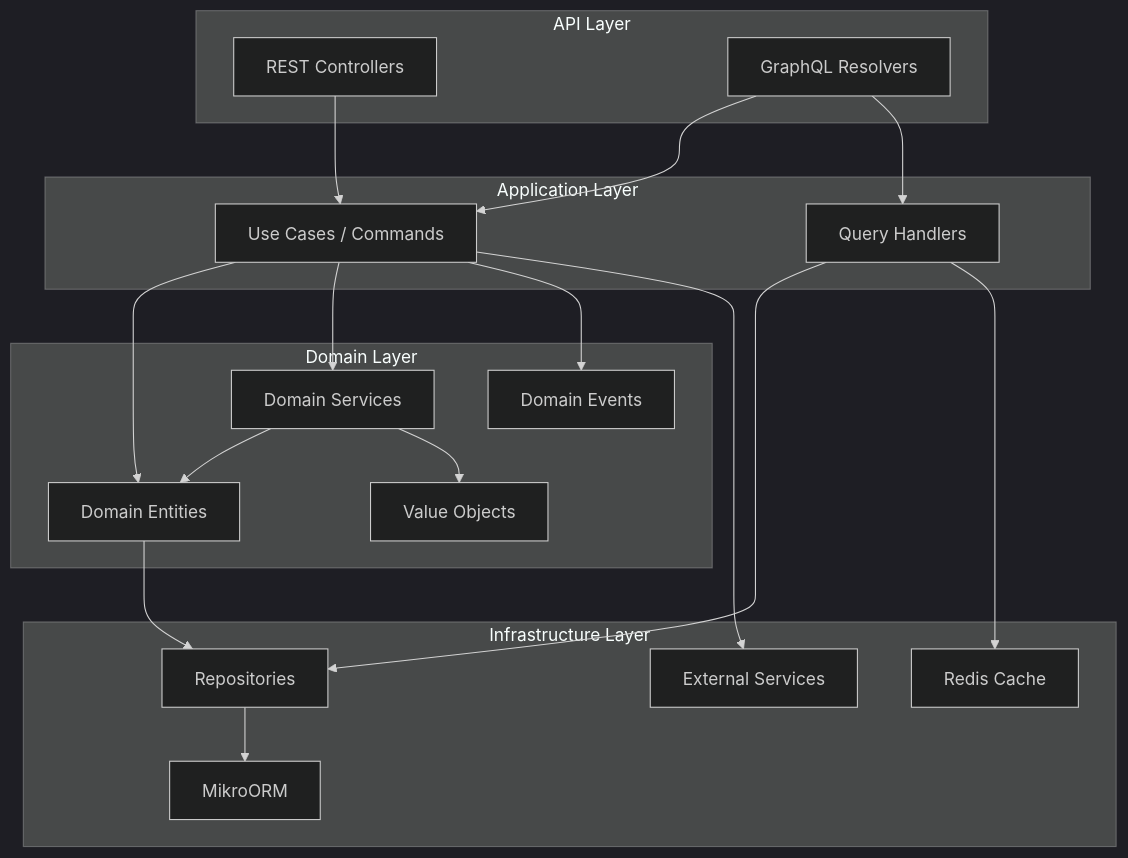
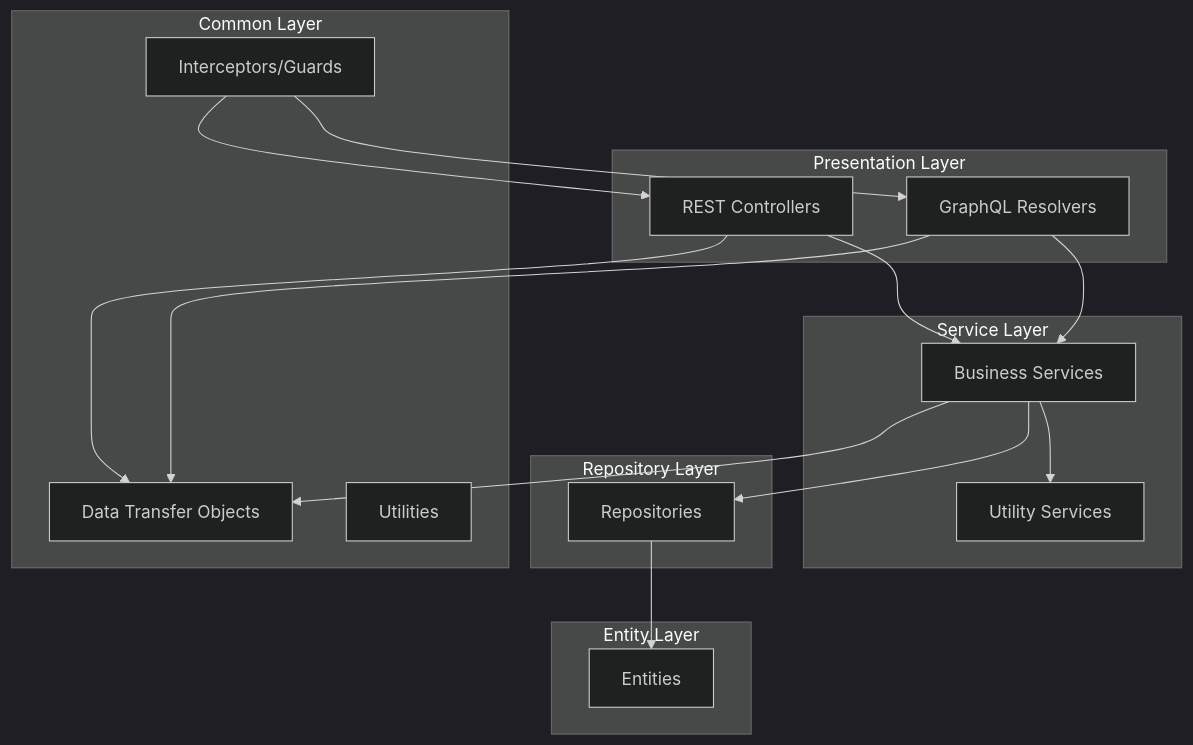
One commit to heozeop/book-note changed the eighth of 11 diagrams in docs/prd.md. Above: the diagram before and after it, drawn with Mermaid (dark theme). The commit also changed other lines of this file and 33 other files, not shown here.

Commit message:
refac: remove DDD base architecture

````diff
--- a/docs/prd.md
+++ b/docs/prd.md
@@ -736,40 +734,37 @@
 ```mermaid
 flowchart TB
-    subgraph "API Layer"
-    R[REST Controllers]
-    G[GraphQL Resolvers]
+    subgraph "Presentation Layer"
+    RC[REST Controllers]
+    GR[GraphQL Resolvers]
     end
     
-    subgraph "Application Layer"
-    UC[Use Cases / Commands]
-    QH[Query Handlers]
+    subgraph "Service Layer"
+    BS[Business Services]
+    US[Utility Services]
     end
     
-    subgraph "Domain Layer"
-    DE[Domain Entities]
-    DV[Value Objects]
-    DS[Domain Services]
-    DO[Domain Events]
+    subgraph "Repository Layer"
+    RP[Repositories]
     end
     
-    subgraph "Infrastructure Layer"
-    Rep[Repositories]
-    ORM[MikroORM]
-    ES[External Services]
-    Cache[Redis Cache]
+    subgraph "Entity Layer"
+    E[Entities]
     end
     
-    R --> UC
-    G --> UC
-    G --> QH
-    UC --> DE
-    UC --> DS
-    UC --> DO
-    QH --> Rep
-    DS --> DE
-    DS --> DV
-    DE --> Rep
-    Rep --> ORM
-    UC --> ES
-    QH --> Cache
+    subgraph "Common Layer"
+    DTO[Data Transfer Objects]
+    IL[Interceptors/Guards]
+    UT[Utilities]
+    end
+    
+    RC --> BS
+    GR --> BS
+    BS --> RP
+    BS --> US
+    RP --> E
+    RC --> DTO
+    GR --> DTO
+    BS --> DTO
+    IL --> RC
+    IL --> GR
 ```
````
